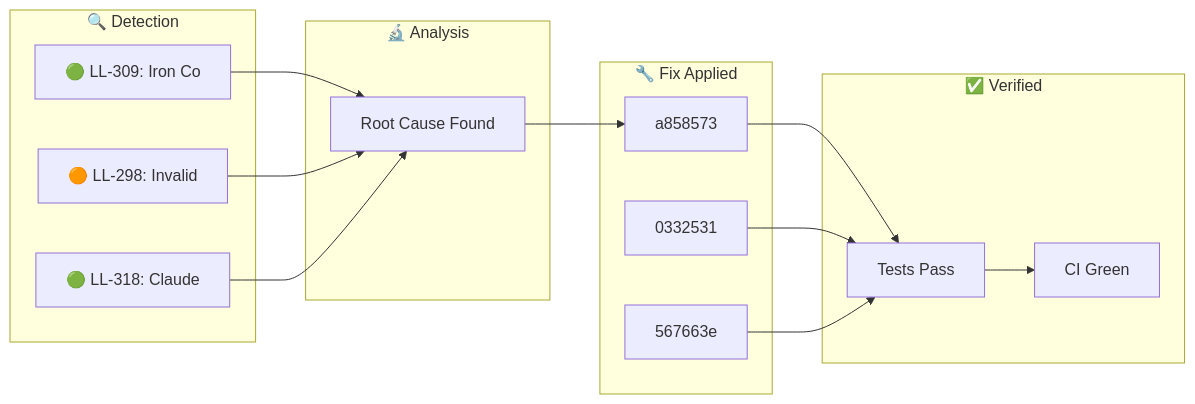
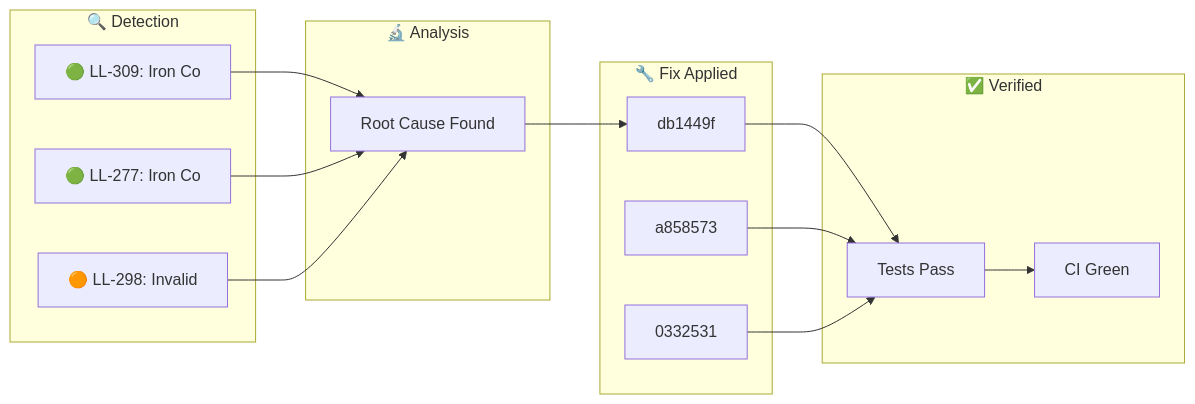
Before and after one commit to YoByron/trading: the diagram in docs/_posts/2026-01-31-ralph-discovery.md, drawn with Mermaid. The commit also changed other lines of this file, not shown here.

````diff
--- a/docs/_posts/2026-01-31-ralph-discovery.md
+++ b/docs/_posts/2026-01-31-ralph-discovery.md
@@ -17,28 +17,28 @@
 ```mermaid
 flowchart LR
     subgraph Detection["🔍 Detection"]
         D1["🟢 LL-309: Iron Co"]
-        D2["🟠 LL-298: Invalid"]
-        D3["🟢 LL-318: Claude "]
+        D2["🟢 LL-277: Iron Co"]
+        D3["🟠 LL-298: Invalid"]
     end
     subgraph Analysis["🔬 Analysis"]
         A1["Root Cause Found"]
     end
     subgraph Fix["🔧 Fix Applied"]
-        F1["a858573"]
-        F2["0332531"]
-        F3["567663e"]
+        F1["db1449f"]
+        F2["a858573"]
+        F3["0332531"]
     end
     subgraph Verify["✅ Verified"]
         V1["Tests Pass"]
         V2["CI Green"]
     end
     D1 --> A1
     D2 --> A1
     D3 --> A1
     A1 --> F1
     F1 --> V1
     F2 --> V1
     F3 --> V1
     V1 --> V2
 ```
````
